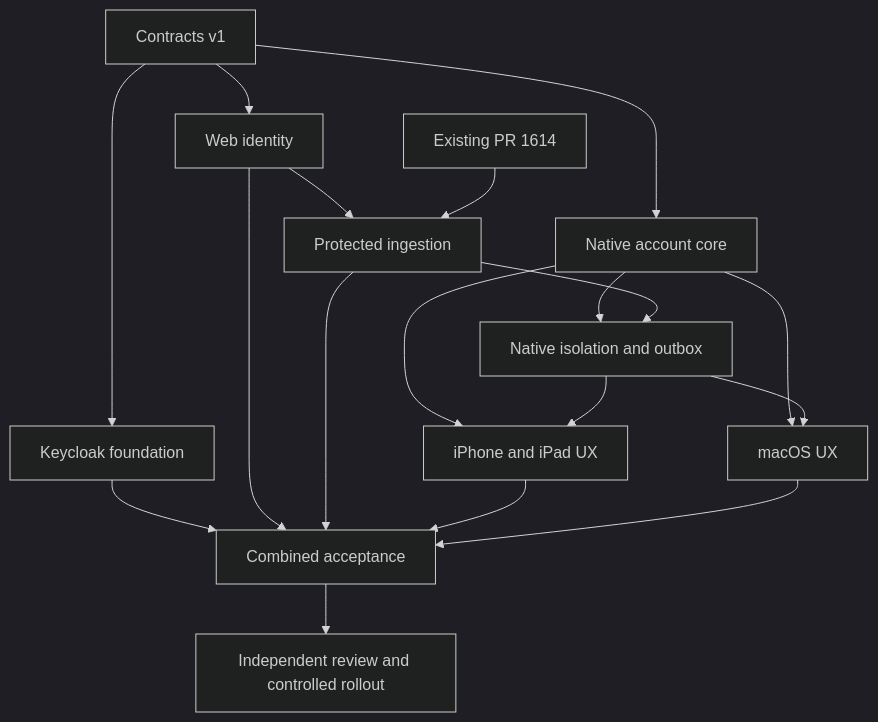
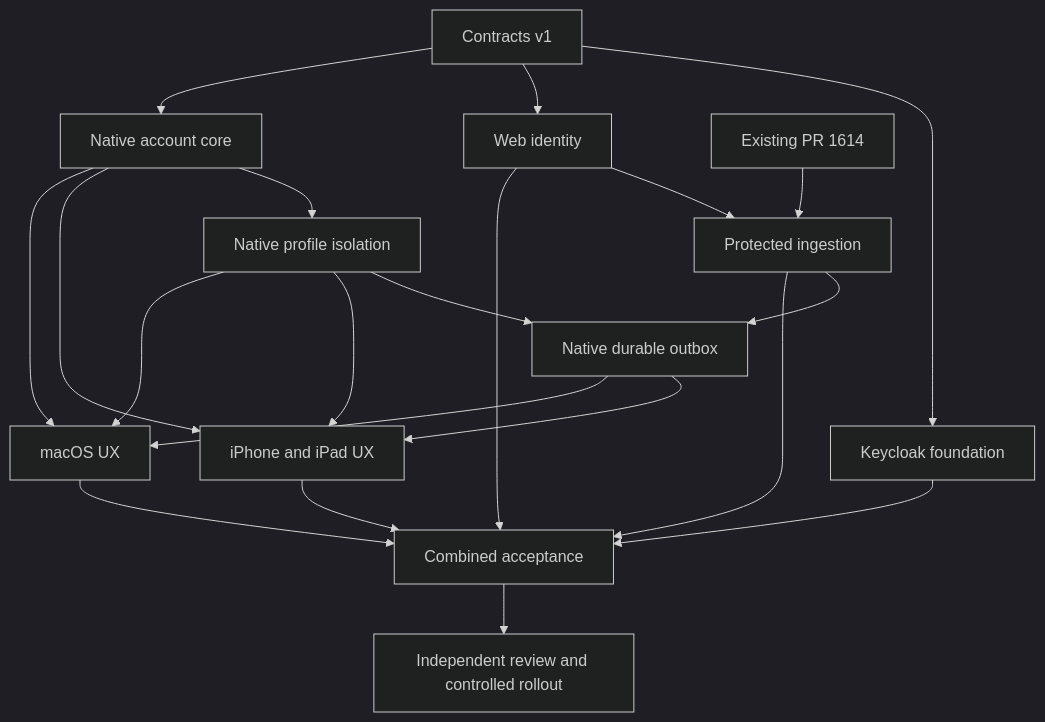
Before and after one commit to Pichi-AI/pichi-voice: the diagram in docs/development/pichi-sso-delivery-plan.md, drawn with Mermaid (dark theme). The commit also changed other lines of this file and 1 other file, not shown here.

Commit message:
docs: separate profile isolation from cloud delivery

````diff
--- a/docs/development/pichi-sso-delivery-plan.md
+++ b/docs/development/pichi-sso-delivery-plan.md
@@ -46,20 +47,23 @@
 ```mermaid
 flowchart TD
     P0[Contracts v1] --> I1[Keycloak foundation]
     P0 --> W1[Web identity]
     P0 --> N1[Native account core]
     W1 --> W2[Protected ingestion]
     E[Existing PR 1614] --> W2
-    N1 --> N2[Native isolation and outbox]
-    W2 --> N2
+    N1 --> N2[Native profile isolation]
+    N2 --> N5[Native durable outbox]
+    W2 --> N5
     N1 --> N3[iPhone and iPad UX]
     N1 --> N4[macOS UX]
     N2 --> N3
     N2 --> N4
+    N5 --> N3
+    N5 --> N4
     I1 --> V[Combined acceptance]
     W1 --> V
     W2 --> V
     N3 --> V
     N4 --> V
     V --> R[Independent review and controlled rollout]
 ```
````
